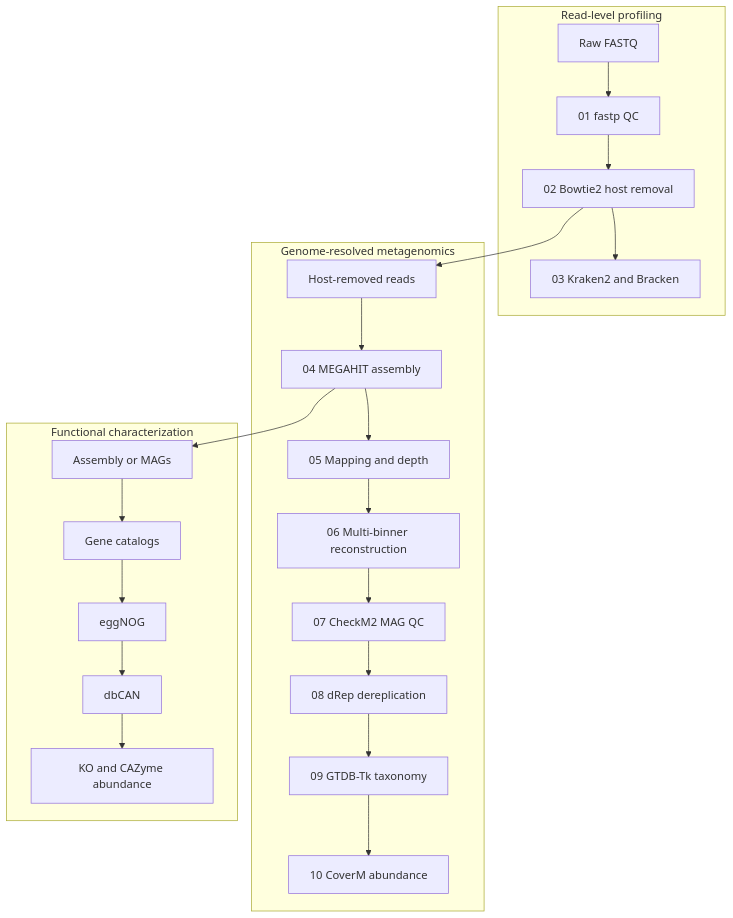
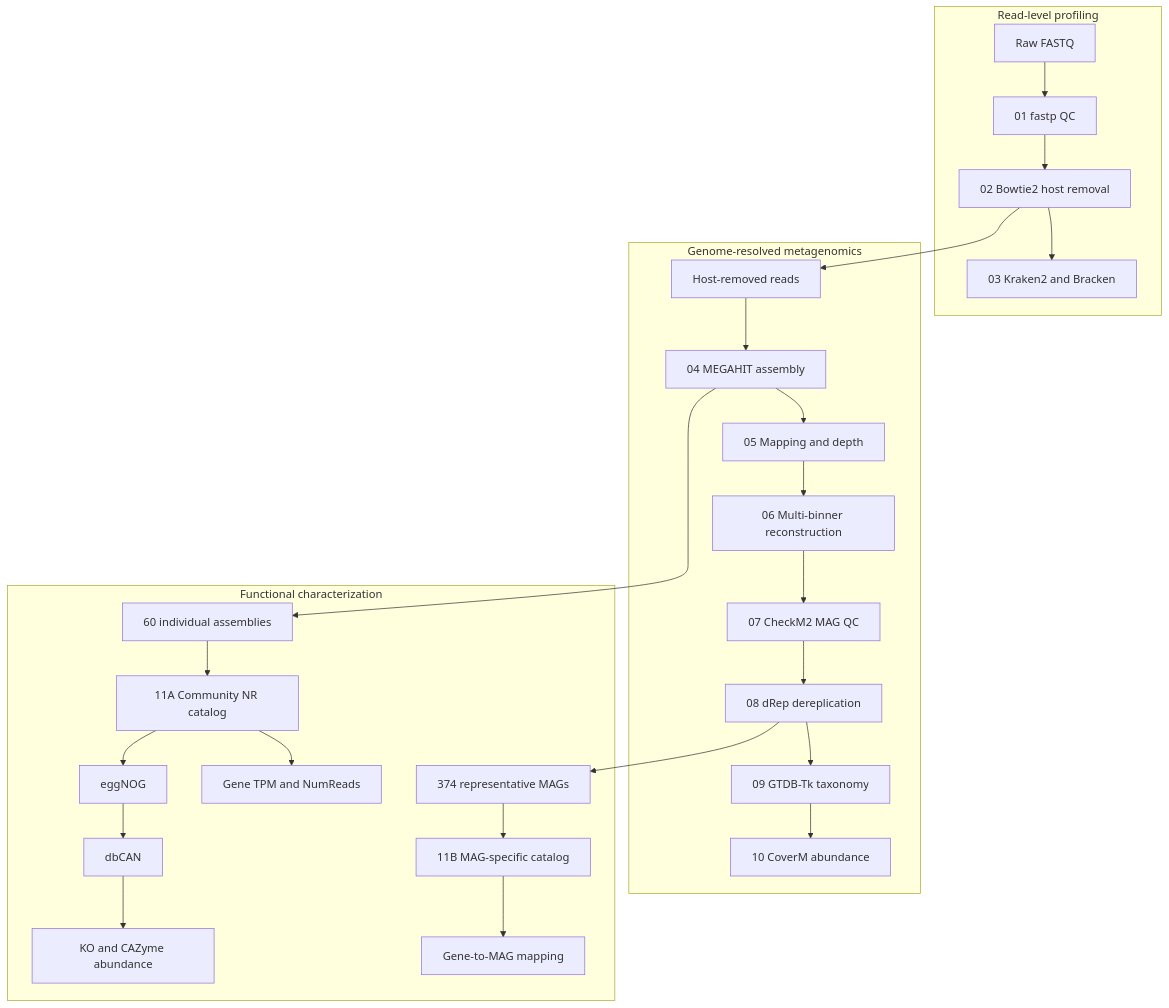
Before and after one commit to JunyongWang/chicken-gut-metagenomics-pipeline: the diagram in docs/workflow.md, drawn with Mermaid. The commit also changed other lines of this file and 18 other files, not shown here.

Commit message:
docs: document production stage 11 gene catalogs (#4)

````diff
--- a/docs/workflow.md
+++ b/docs/workflow.md
@@ -5,20 +5,23 @@
 ```mermaid
 flowchart TB
     accTitle: Conceptual metagenomics workflow
     accDescr: Three connected conceptual paths show read-level profiling, genome-resolved analysis, and functional characterization without implementation details.
 
     subgraph read_level ["Read-level profiling"]
         raw_fastq["Raw FASTQ"] --> qc["01 fastp QC"] --> host_removal["02 Bowtie2 host removal"] --> taxonomy["03 Kraken2 and Bracken"]
     end
 
     subgraph genome_resolved ["Genome-resolved metagenomics"]
         host_removed_reads["Host-removed reads"] --> assembly["04 MEGAHIT assembly"] --> mapping_depth["05 Mapping and depth"] --> binning["06 Multi-binner reconstruction"] --> mag_qc["07 CheckM2 MAG QC"] --> dereplication["08 dRep dereplication"] --> mag_taxonomy["09 GTDB-Tk taxonomy"] --> mag_abundance["10 CoverM abundance"]
     end
 
     subgraph functional ["Functional characterization"]
-        assembly_mags["Assembly or MAGs"] --> gene_catalogs["Gene catalogs"] --> eggnog["eggNOG"] --> dbcan["dbCAN"] --> functional_abundance["KO and CAZyme abundance"]
+        community_assemblies["60 individual assemblies"] --> community_catalog["11A Community NR catalog"] --> community_abundance["Gene TPM and NumReads"]
+        representative_mags["374 representative MAGs"] --> mag_catalog["11B MAG-specific catalog"] --> gene_mag_map["Gene-to-MAG mapping"]
+        community_catalog --> eggnog["eggNOG"] --> dbcan["dbCAN"] --> functional_abundance["KO and CAZyme abundance"]
     end
 
     host_removal --> host_removed_reads
-    assembly --> assembly_mags
+    assembly --> community_assemblies
+    dereplication --> representative_mags
 ```
````
